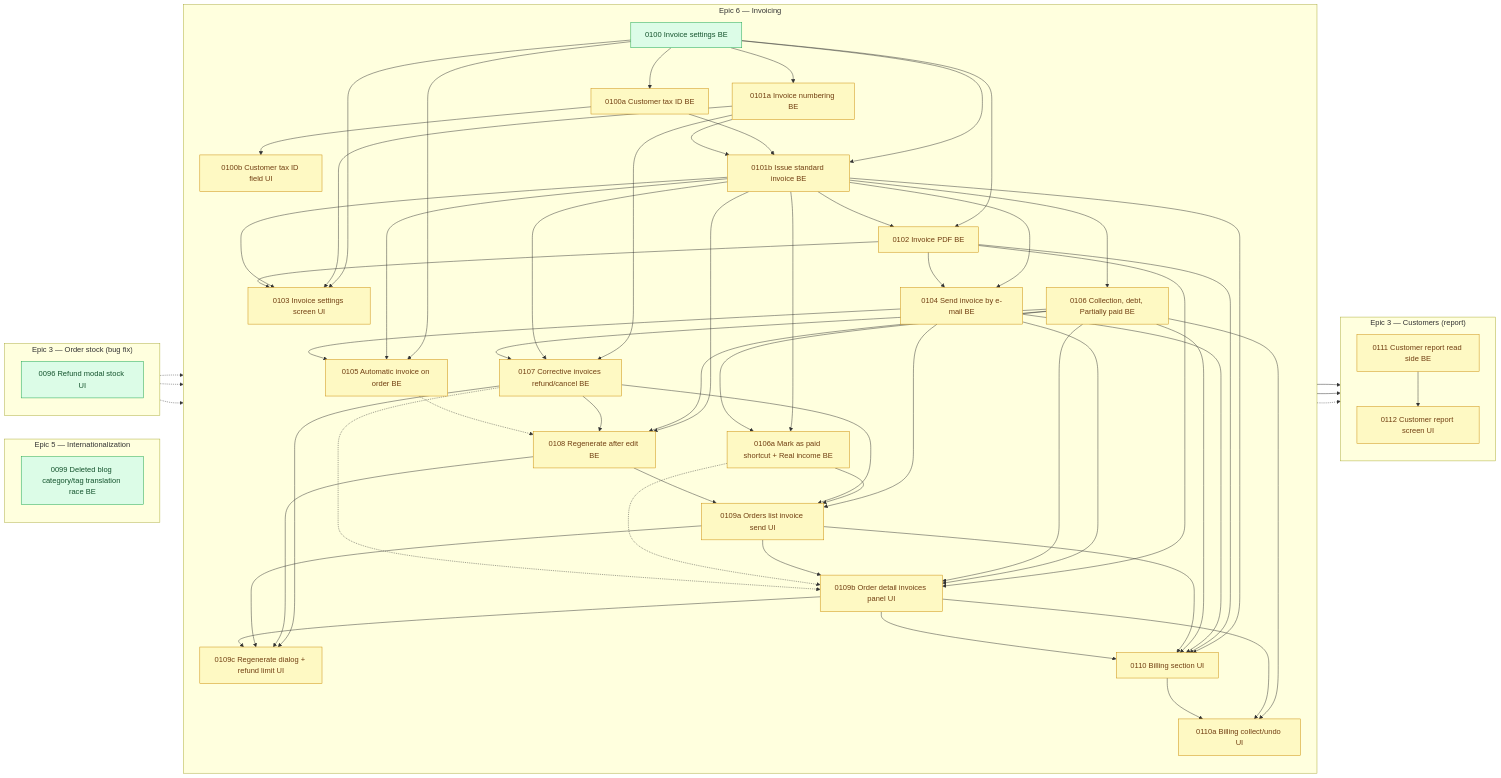
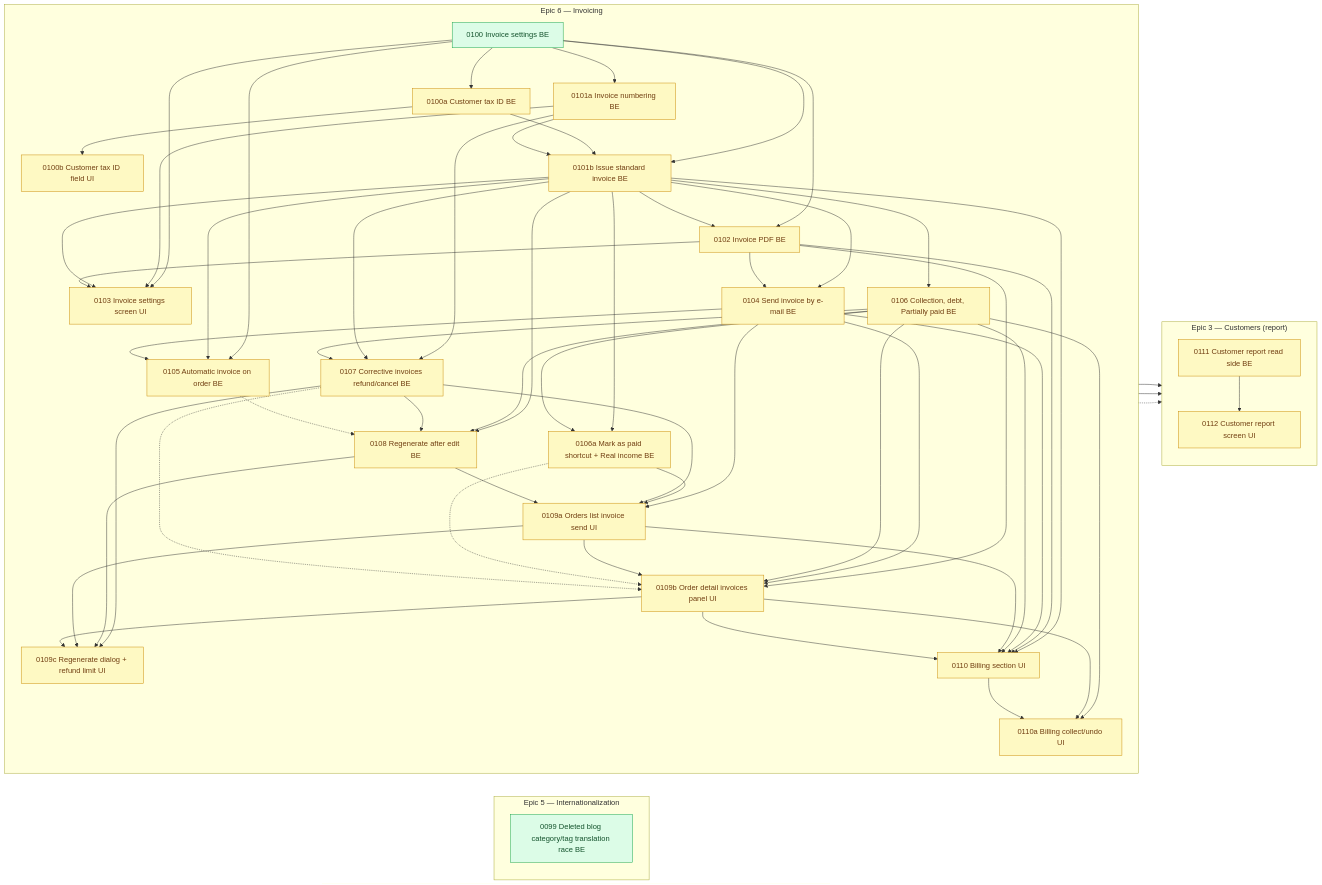
The diagram in arospe/ai-spec/tasks-map.md (shojen/AI4Devs-finalproject), drawn with Mermaid before and after one commit. The commit also changed other lines of this file and 4 other files, not shown here.

````diff
--- a/arospe/ai-spec/tasks-map.md
+++ b/arospe/ai-spec/tasks-map.md
@@ -664,13 +665,8 @@
     end
     %% (P0087 closed to done/ 2026-11-13; P0098 closed to done/ 2026-11-14 and its node was dropped.)
 
-    subgraph PEND_STOCK["Epic 3 — Order stock (bug fix)"]
-        direction TB
-        P0096["0096 Refund modal stock UI"]
-    end
     %% (P0089 merged into P0088 and P0092 split into P0092a/P0092b on 2026-11-08; their nodes and edges are dropped.)
     %% (P0088 --> P0090/P0091/P0092b replaced by P0088 --> P0088a --> … on 2026-11-08, review #4 split.)
-    class P0096 ready;
 
     %% Standalone (no PRD epic)
     %% (P0082's own node dropped: 0082 closed to done/ this pass, per the update at the top of this file.)
@@ -831,9 +827,6 @@
     P0106a -.-> P0109b
     P0107 -.-> P0109b
     %% Shared-file risk with the stock dialogs (no dependency): see the update note at the top.
-    P0096 -.-> P0106a
-    P0096 -.-> P0109b
-    P0096 -.-> P0109c
     class P0100 ready;
     class P0100a,P0100b,P0101a,P0101b,P0102,P0103,P0104,P0105,P0106,P0106a,P0107,P0108,P0109a,P0109b,P0109c,P0110,P0110a,P0111,P0112 pending;
 ```
````
